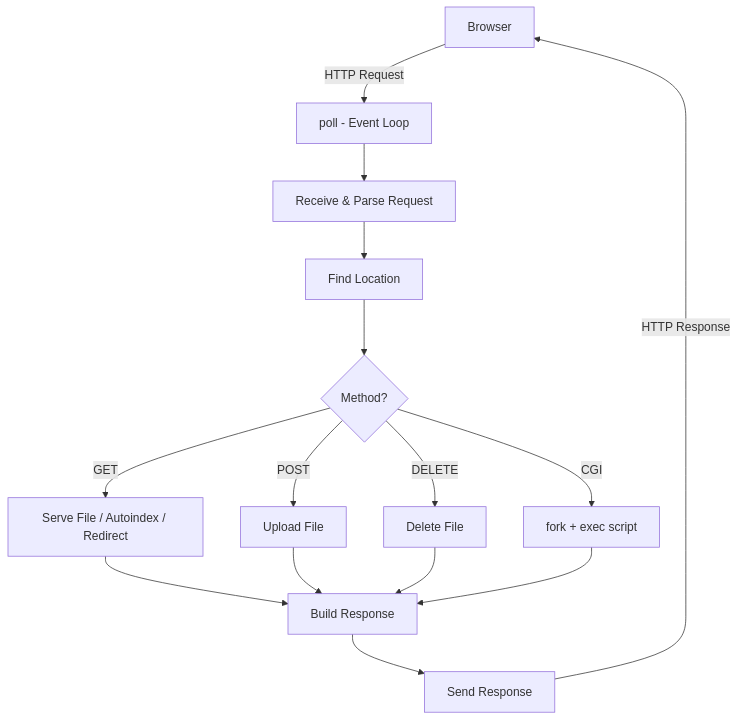
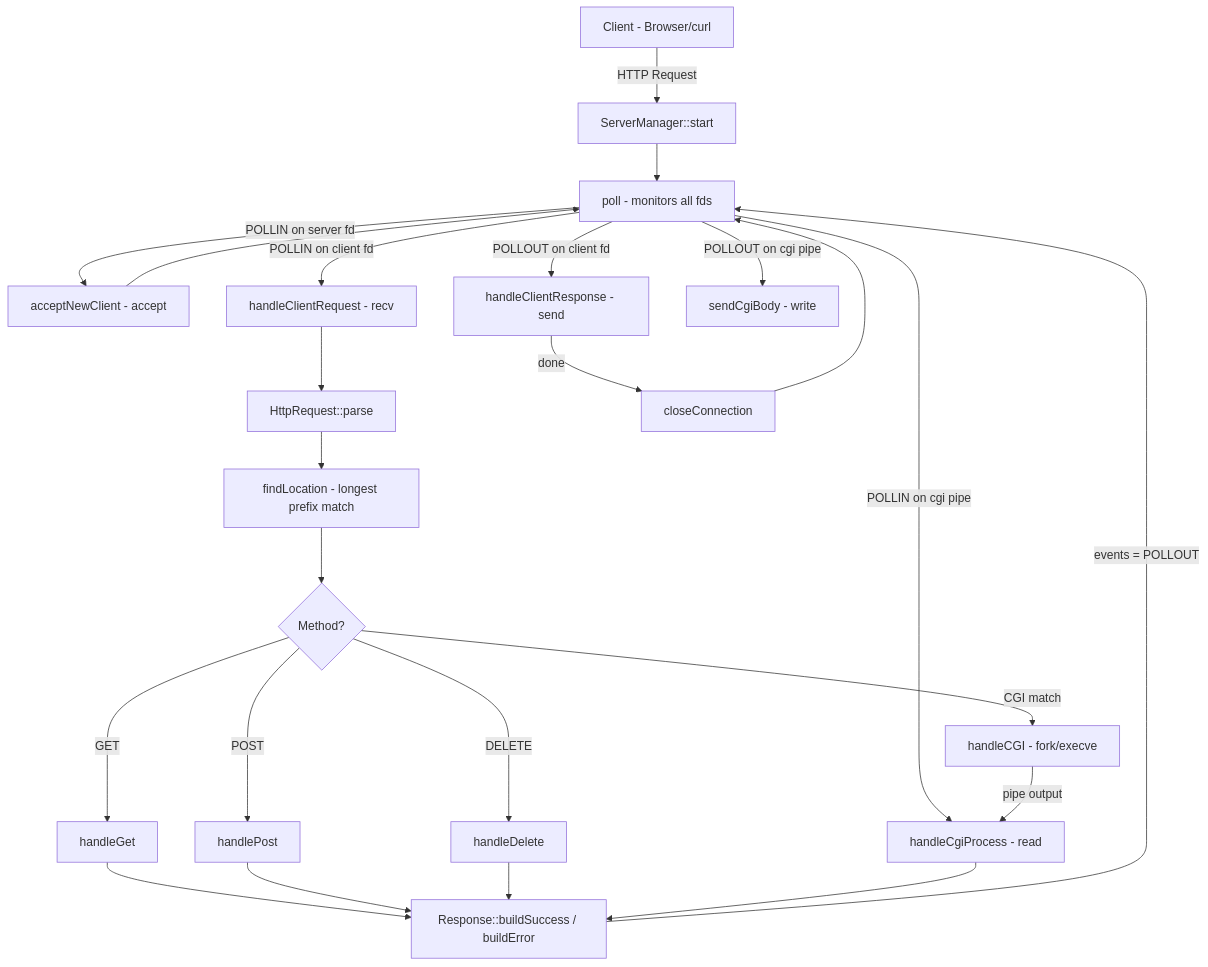
The first of 2 diagrams in README.md (huleonor/webserver), drawn with Mermaid before and after one commit. The commit also changed other lines of this file, not shown here.

````diff
--- a/README.md
+++ b/README.md
@@ -24,18 +68,28 @@
 ```mermaid
 flowchart TD
-    Browser[Browser] -->|HTTP Request| Poll
+    Client[Client - Browser/curl] -->|HTTP Request| SM[ServerManager::start]
+    SM --> Poll[poll - monitors all fds]
+    Poll -->|POLLIN on server fd| Accept[acceptNewClient - accept]
+    Poll -->|POLLIN on client fd| Read[handleClientRequest - recv]
+    Poll -->|POLLOUT on client fd| Write[handleClientResponse - send]
+    Poll -->|POLLIN on cgi pipe| CGIRead[handleCgiProcess - read]
+    Poll -->|POLLOUT on cgi pipe| CGIWrite[sendCgiBody - write]
 
-    Poll[poll - Event Loop] --> Receive[Receive & Parse Request]
-    Receive --> Route[Find Location]
+    Accept --> Poll
+    Read --> Parse[HttpRequest::parse]
+    Parse --> Route[findLocation - longest prefix match]
     Route --> Method{Method?}
-    Method -->|GET| GET[Serve File / Autoindex / Redirect]
-    Method -->|POST| POST[Upload File]
-    Method -->|DELETE| DELETE[Delete File]
-    Method -->|CGI| CGI[fork + exec script]
-    GET --> Build[Build Response]
+    Method -->|GET| GET[handleGet]
+    Method -->|POST| POST[handlePost]
+    Method -->|DELETE| DELETE[handleDelete]
+    Method -->|CGI match| CGI[handleCGI - fork/execve]
+
+    GET --> Build[Response::buildSuccess / buildError]
     POST --> Build
     DELETE --> Build
-    CGI --> Build
-    Build --> Send[Send Response]
-    Send -->|HTTP Response| Browser
+    CGI -->|pipe output| CGIRead
+    CGIRead --> Build
+    Build -->|events = POLLOUT| Poll
+    Write -->|done| Close[closeConnection]
+    Close --> Poll
 ```
````
